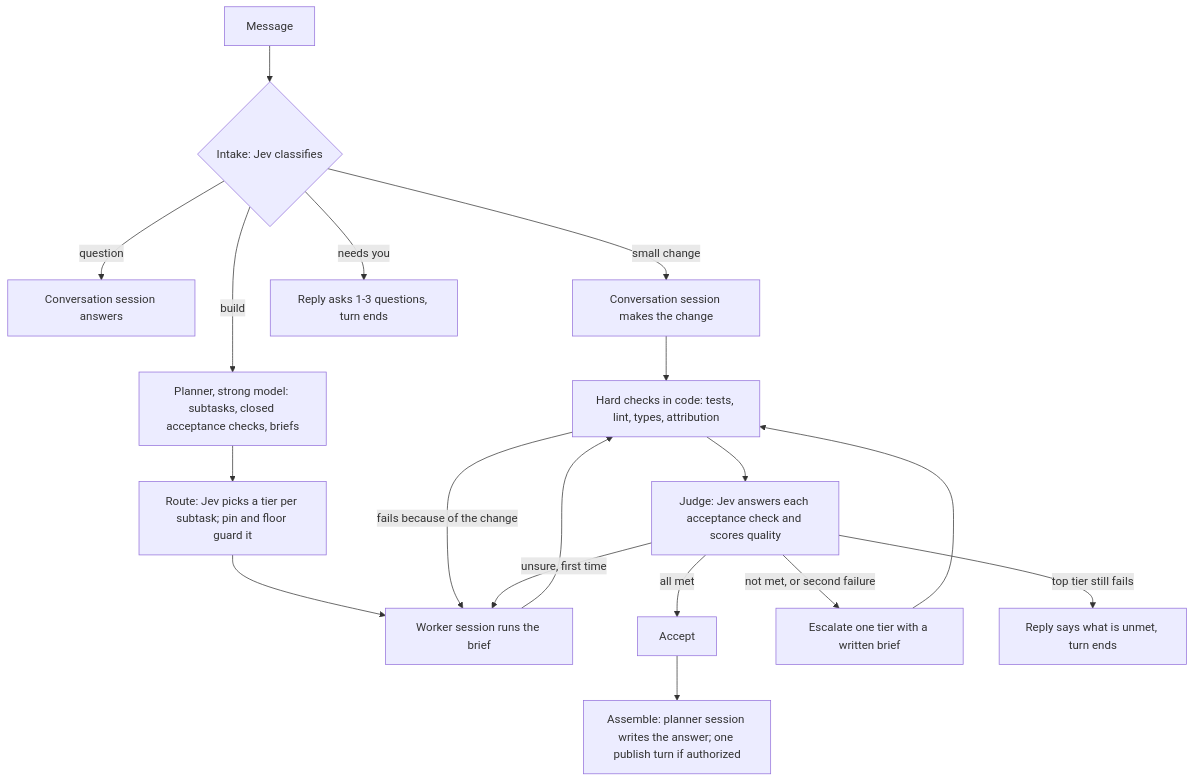
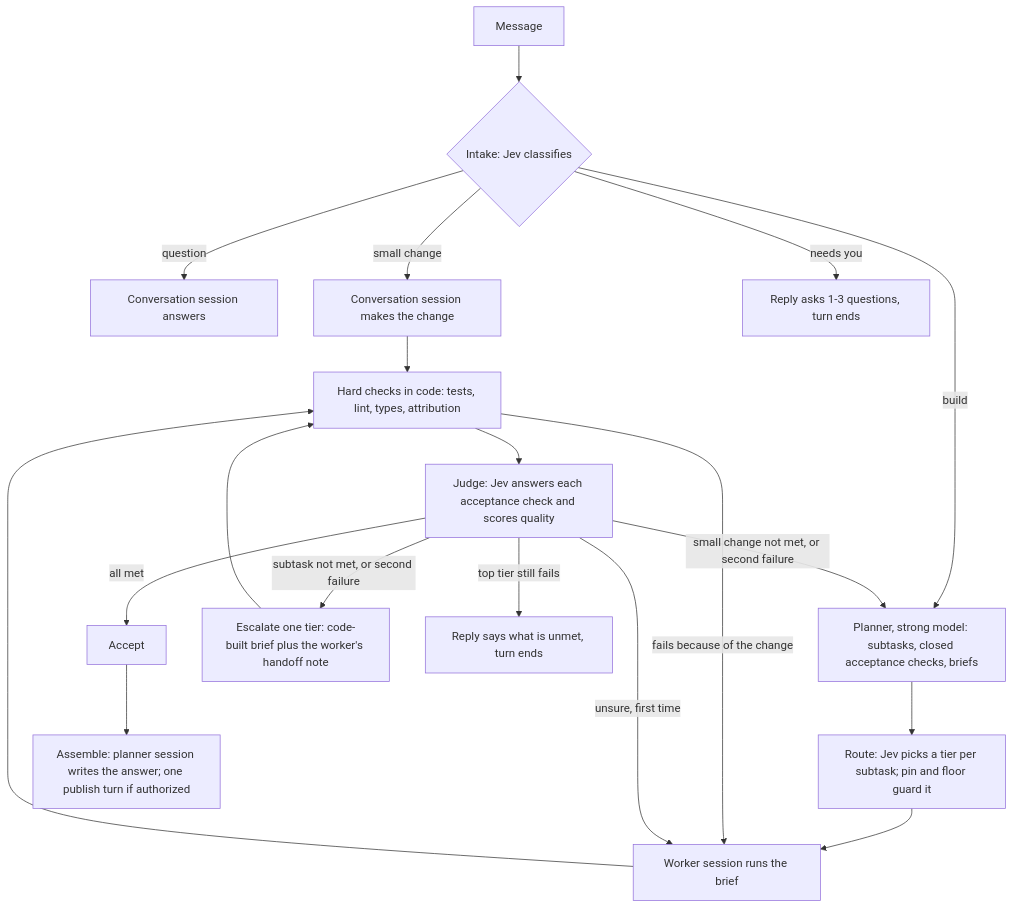
The diagram in docs/architecture/HARNESS_SIMPLE.md (karki011/spark-outpost), drawn with Mermaid before and after one commit. The commit also changed other lines of this file, not shown here.

````diff
--- a/docs/architecture/HARNESS_SIMPLE.md
+++ b/docs/architecture/HARNESS_SIMPLE.md
@@ -15,20 +15,21 @@
 ```mermaid
 flowchart TD
   M[Message] --> I{Intake: Jev classifies}
   I -->|question| C[Conversation session answers]
   I -->|small change| W1[Conversation session makes the change]
   I -->|needs you| Q[Reply asks 1-3 questions, turn ends]
   I -->|build| P[Planner, strong model: subtasks, closed acceptance checks, briefs]
   P --> R[Route: Jev picks a tier per subtask; pin and floor guard it]
   R --> W[Worker session runs the brief]
   W1 --> H
   W --> H[Hard checks in code: tests, lint, types, attribution]
   H -->|fails because of the change| W
   H --> J[Judge: Jev answers each acceptance check and scores quality]
   J -->|all met| A[Accept]
   J -->|unsure, first time| W
-  J -->|not met, or second failure| E[Escalate one tier with a written brief]
+  J -->|subtask not met, or second failure| E[Escalate one tier: code-built brief plus the worker's handoff note]
+  J -->|small change not met, or second failure| P
   E --> H
   J -->|top tier still fails| Q2[Reply says what is unmet, turn ends]
   A --> S[Assemble: planner session writes the answer; one publish turn if authorized]
 ```
````
